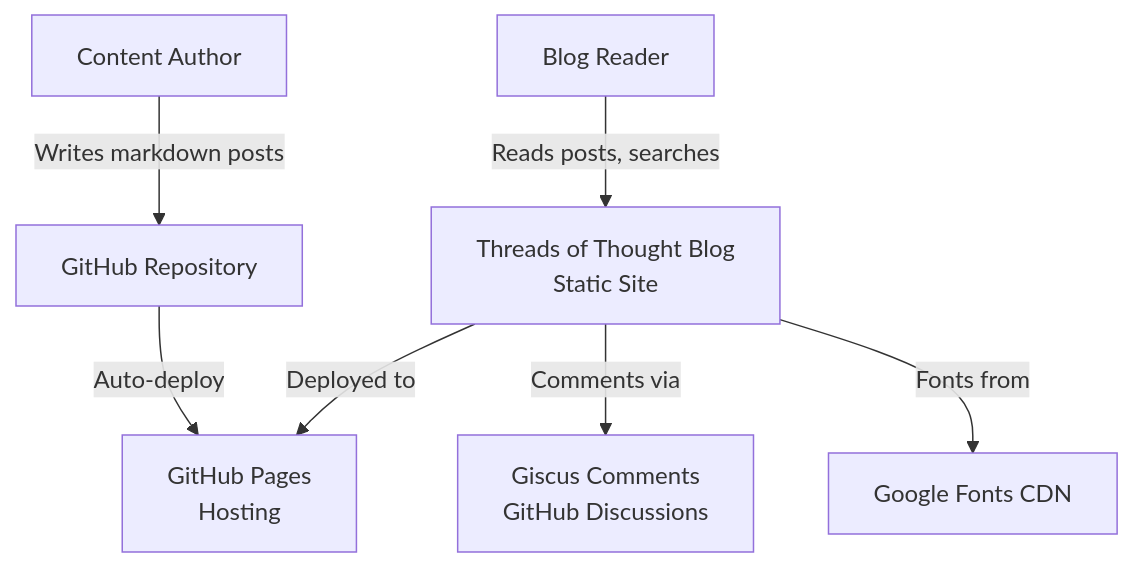
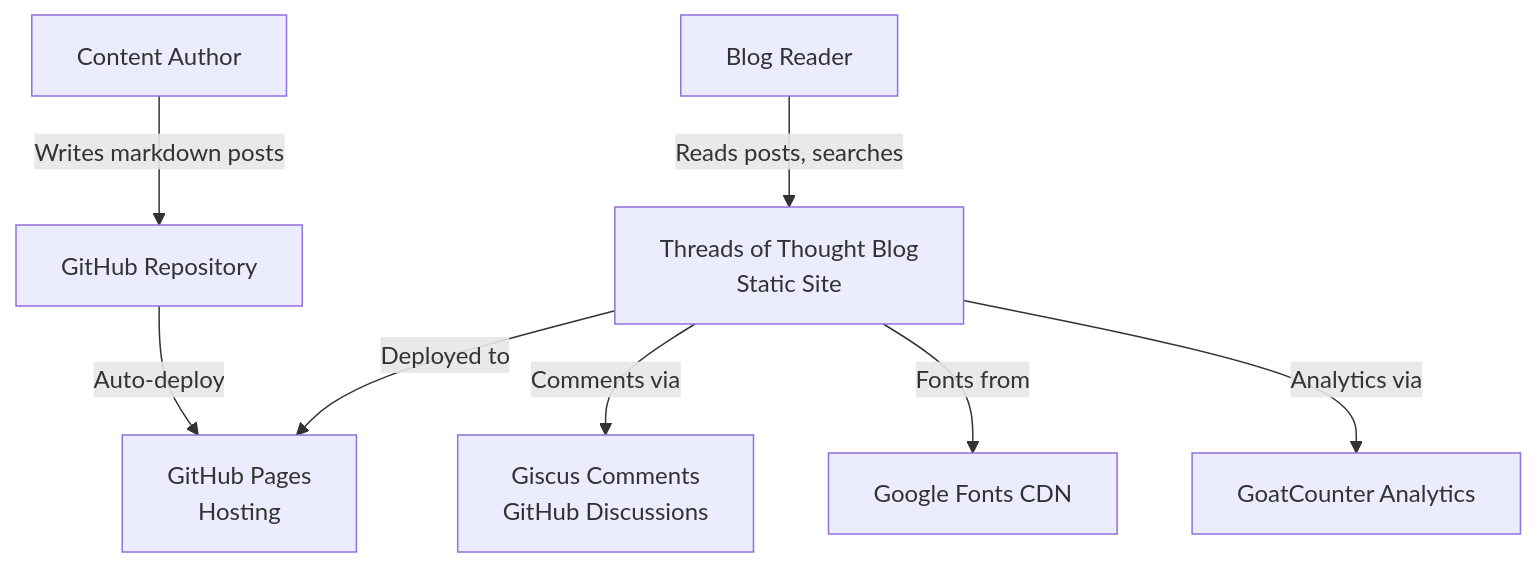
The first of 12 diagrams in docs/architecture-diagrams.md (ikristina/ikristina.github.io), drawn with Mermaid before and after one commit. The commit also changed other lines of this file, not shown here.

First line of the commit message:
docs: update architecture diagrams with correct tech stack

````diff
--- a/docs/architecture-diagrams.md
+++ b/docs/architecture-diagrams.md
@@ -7,19 +7,21 @@
 ```mermaid
 graph TB
     User[Blog Reader]
     Author[Content Author]
     
     BlogSystem[Threads of Thought Blog<br/>Static Site]
     
     GitHub[GitHub Repository]
     GitHubPages[GitHub Pages<br/>Hosting]
     Giscus[Giscus Comments<br/>GitHub Discussions]
     GoogleFonts[Google Fonts CDN]
+    GoatCounter[GoatCounter Analytics]
     
     User -->|Reads posts, searches| BlogSystem
     Author -->|Writes markdown posts| GitHub
     BlogSystem -->|Deployed to| GitHubPages
     BlogSystem -->|Comments via| Giscus
     BlogSystem -->|Fonts from| GoogleFonts
+    BlogSystem -->|Analytics via| GoatCounter
     GitHub -->|Auto-deploy| GitHubPages
 ```
````
